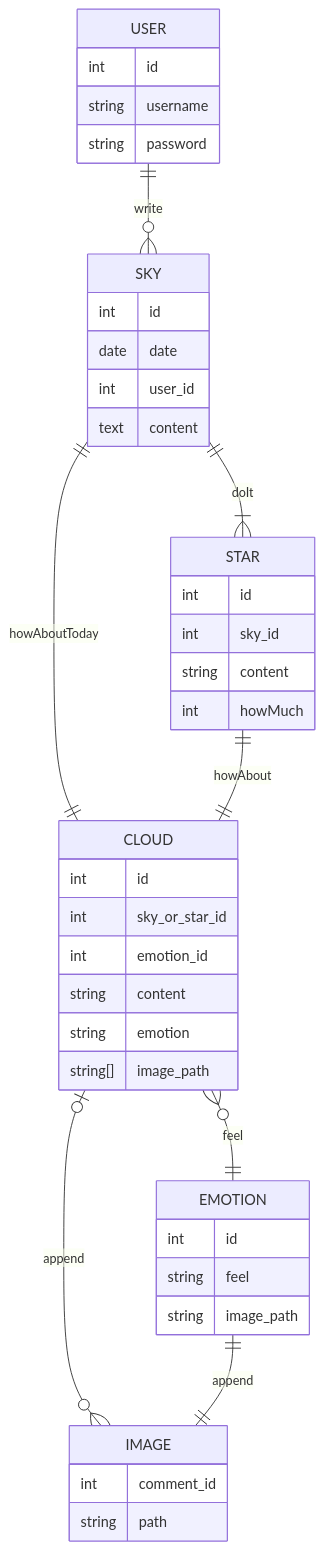
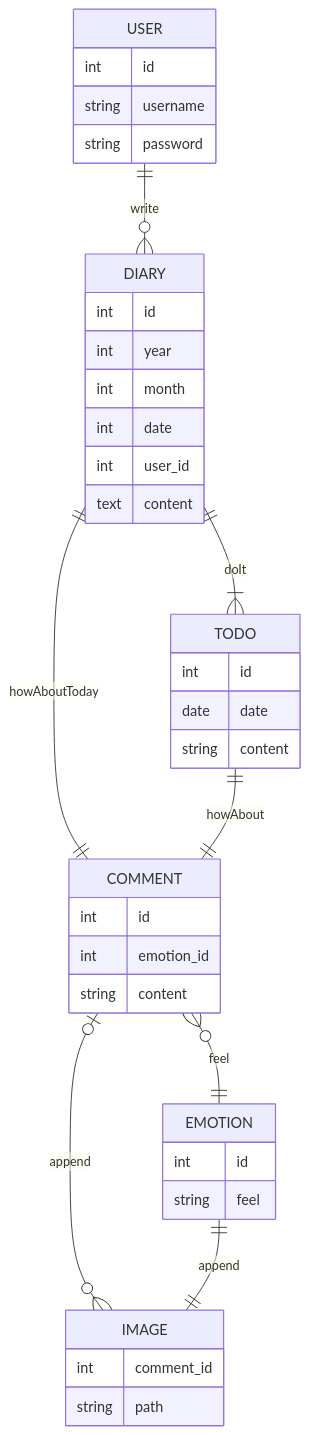
One commit to hy1203/teamproject2 changed the diagram in README.md. Above: the diagram before and after it, drawn with Mermaid.

Commit message:
[Modify] README DB 다이어그램 수정

````diff
--- a/README.md
+++ b/README.md
@@ -104,45 +104,41 @@
 ```mermaid
 erDiagram
     USER {
         int id
         string username
         string password
     }
-    SKY {  
+    DIARY {  
         int id
-        date date
+        int year
+        int month
+        int date
         int user_id
         text content
     }
-    STAR {
+    TODO {
         int id
-        int sky_id
+        date date
         string content
-        int howMuch
     }
-    CLOUD {
+    COMMENT {
         int id
-        int sky_or_star_id
         int emotion_id
         string content
-        string emotion
-        string[] image_path
     }
-    EMOTION{
+    EMOTION {
         int id
         string feel
-        string image_path
     }
     IMAGE {
         int comment_id
         string path
     }
-    USER ||--o{ SKY : write
-    CLOUD |o--o{ IMAGE : append
-    SKY ||--|{ STAR : doIt
-    SKY ||--|| CLOUD : howAboutToday
-    STAR ||--|| CLOUD : howAbout
-    CLOUD }o--|| EMOTION : feel
+    USER ||--o{ DIARY : write
+    COMMENT |o--o{ IMAGE : append
+    DIARY ||--|{ TODO : doIt
+    DIARY ||--|| COMMENT : howAboutToday
+    TODO ||--|| COMMENT : howAbout
+    COMMENT }o--|| EMOTION : feel
     EMOTION ||--|| IMAGE : append
-
 ```
````
